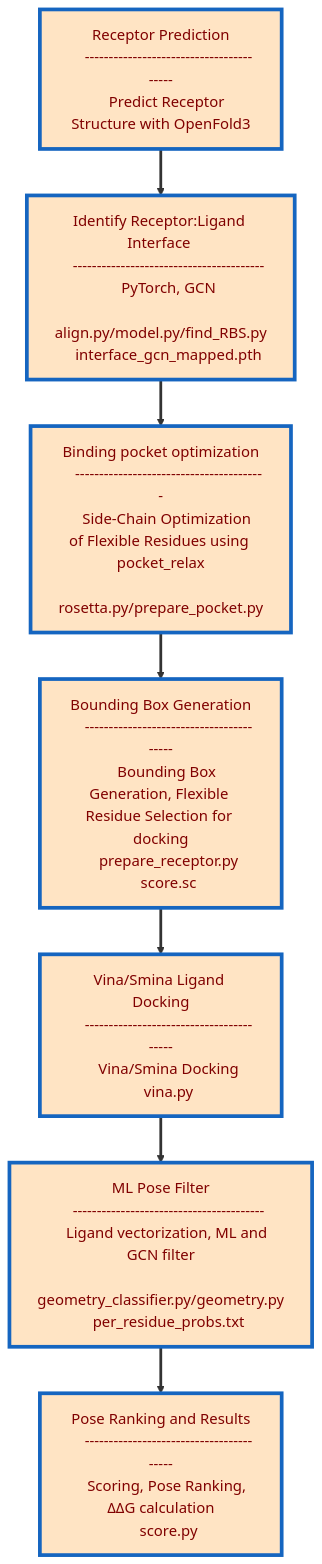
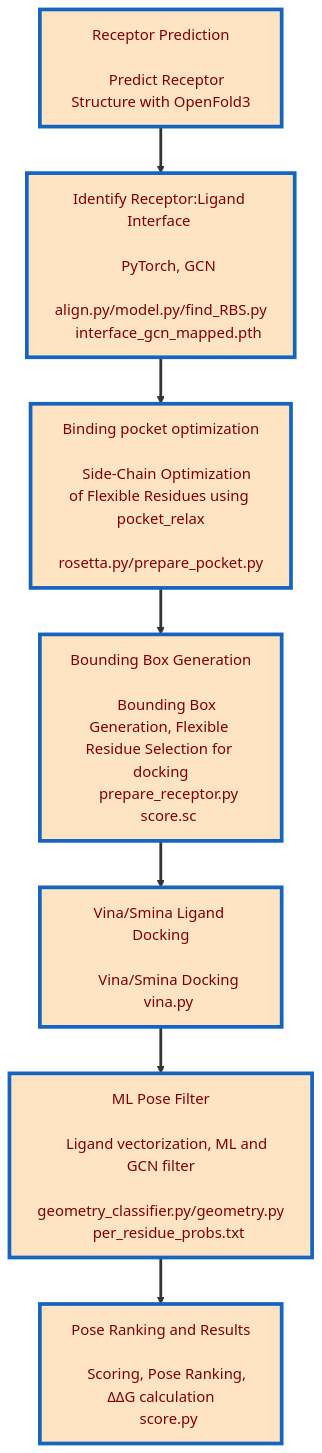
One commit to nicolepaterson/dokken changed the diagram in README.md. Above: the diagram before and after it, drawn with Mermaid.

````diff
--- a/README.md
+++ b/README.md
@@ -17,65 +17,65 @@
 ```mermaid
 flowchart TB
 
     %% Large vertical layout
 
     A[" 
     Receptor Prediction
-    ----------------------------------------
+
     Predict Receptor Structure with OpenFold3
     "]
 
     B[" 
     Identify Receptor:Ligand Interface 
-    ----------------------------------------
+
     PyTorch, GCN
     align.py/model.py/find_RBS.py
     interface_gcn_mapped.pth
     "]
 
     C[" 
     Binding pocket optimization
-    ----------------------------------------
+
     Side-Chain Optimization of Flexible Residues using pocket_relax
     rosetta.py/prepare_pocket.py
     "]
 
     D[" 
     Bounding Box Generation
-    ----------------------------------------
+
     Bounding Box Generation, Flexible Residue Selection for docking
     prepare_receptor.py
     score.sc
     "]
 
     E[" 
     Vina/Smina Ligand Docking
-    ----------------------------------------
+
     Vina/Smina Docking
     vina.py
     "]
 
     F[" 
     ML Pose Filter
-    ----------------------------------------
+
     Ligand vectorization, ML and GCN filter
     geometry_classifier.py/geometry.py
     per_residue_probs.txt
     
     "]
 
     G[" 
     Pose Ranking and Results
-    ----------------------------------------
+
     Scoring, Pose Ranking, ΔΔG calculation
     score.py
     "]
 
     A --> B --> C --> D --> E --> F --> G
 
     %% Styling
     classDef big fill:#FFE4C4,stroke:#1565C0,stroke-width:4px,color:#800000;
     class A,B,C,D,E,F,G,H big;
 
     linkStyle default stroke-width:3px
 ```
````
